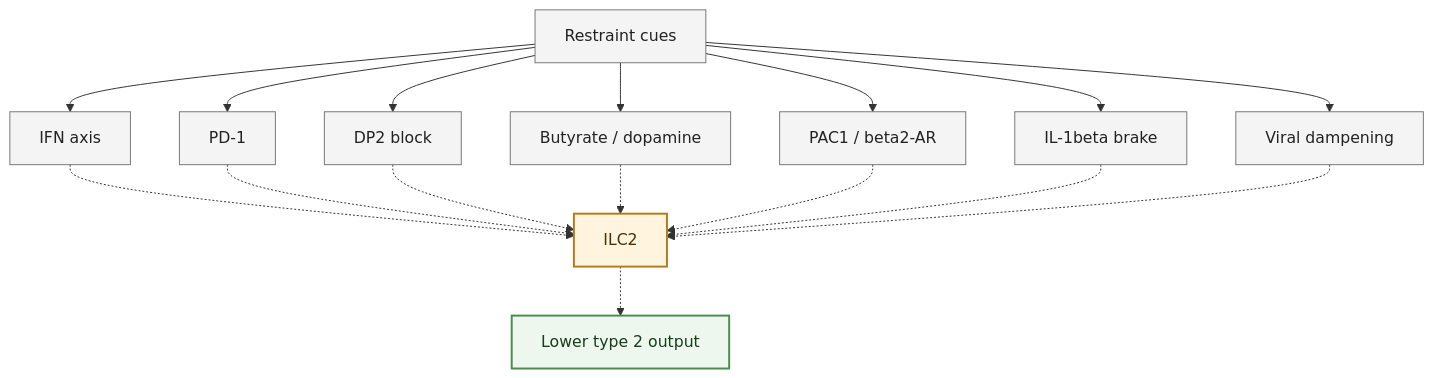
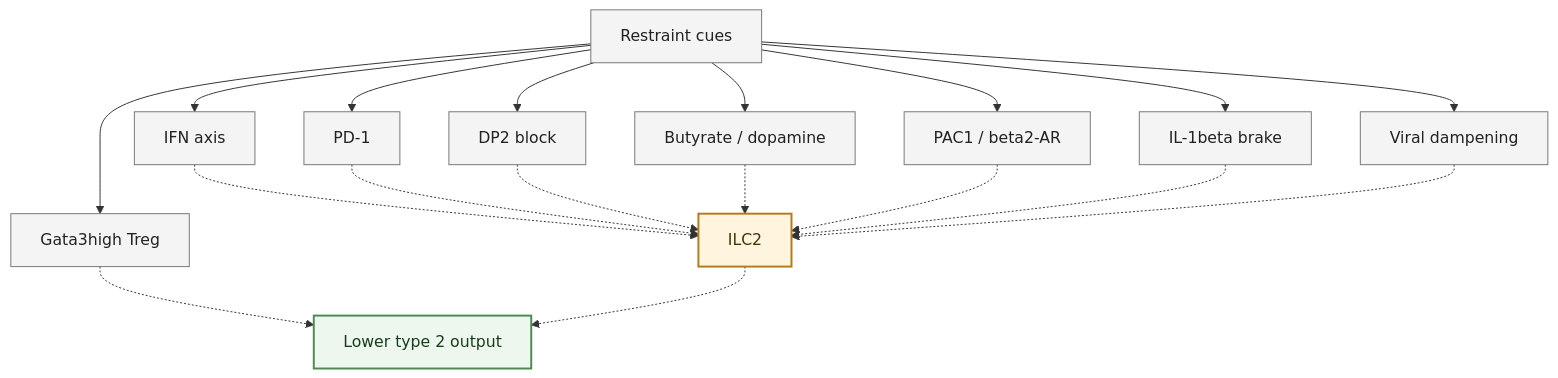
One commit to shao1116/ILC-Wiki changed the second of 3 diagrams in wiki/topics/ILC2_functional_regulation_mechanisms.md. Above: the diagram before and after it, drawn with Mermaid. The commit also changed other lines of this file and 12 other files, not shown here.

````diff
--- a/wiki/topics/ILC2_functional_regulation_mechanisms.md
+++ b/wiki/topics/ILC2_functional_regulation_mechanisms.md
@@ -186,39 +190,42 @@
 ```mermaid
 flowchart TB
     accTitle: ILC2 Brakes And Restraint
     accDescr: Compact vertical map of inhibitory ILC2 regulatory inputs.
 
     brakes["Restraint cues"]
     interferon["IFN axis"]
     pd1["PD-1"]
+    treg["Gata3high Treg"]
     dp2["DP2 block"]
     metabolic["Butyrate / dopamine"]
     neural["PAC1 / beta2-AR"]
     il1b["IL-1beta brake"]
     viral["Viral dampening"]
     ilc2["ILC2"]
     lower["Lower type 2 output"]
 
     brakes --> interferon
     brakes --> pd1
+    brakes --> treg
     brakes --> dp2
     brakes --> metabolic
     brakes --> neural
     brakes --> il1b
     brakes --> viral
     interferon -.-> ilc2
     pd1 -.-> ilc2
+    treg -.-> lower
     dp2 -.-> ilc2
     metabolic -.-> ilc2
     neural -.-> ilc2
     il1b -.-> ilc2
     viral -.-> ilc2
     ilc2 -.-> lower
 
     classDef brake fill:#f4f4f4,stroke:#777,stroke-width:1px,color:#222
     classDef cell fill:#fff4de,stroke:#b47a1f,stroke-width:2px,color:#4a3108
     classDef output fill:#eef7ed,stroke:#4d8a50,stroke-width:2px,color:#173d1d
-    class brakes,interferon,pd1,dp2,metabolic,neural,il1b,viral brake
+    class brakes,interferon,pd1,treg,dp2,metabolic,neural,il1b,viral brake
     class ilc2 cell
     class lower output
 ```
````
